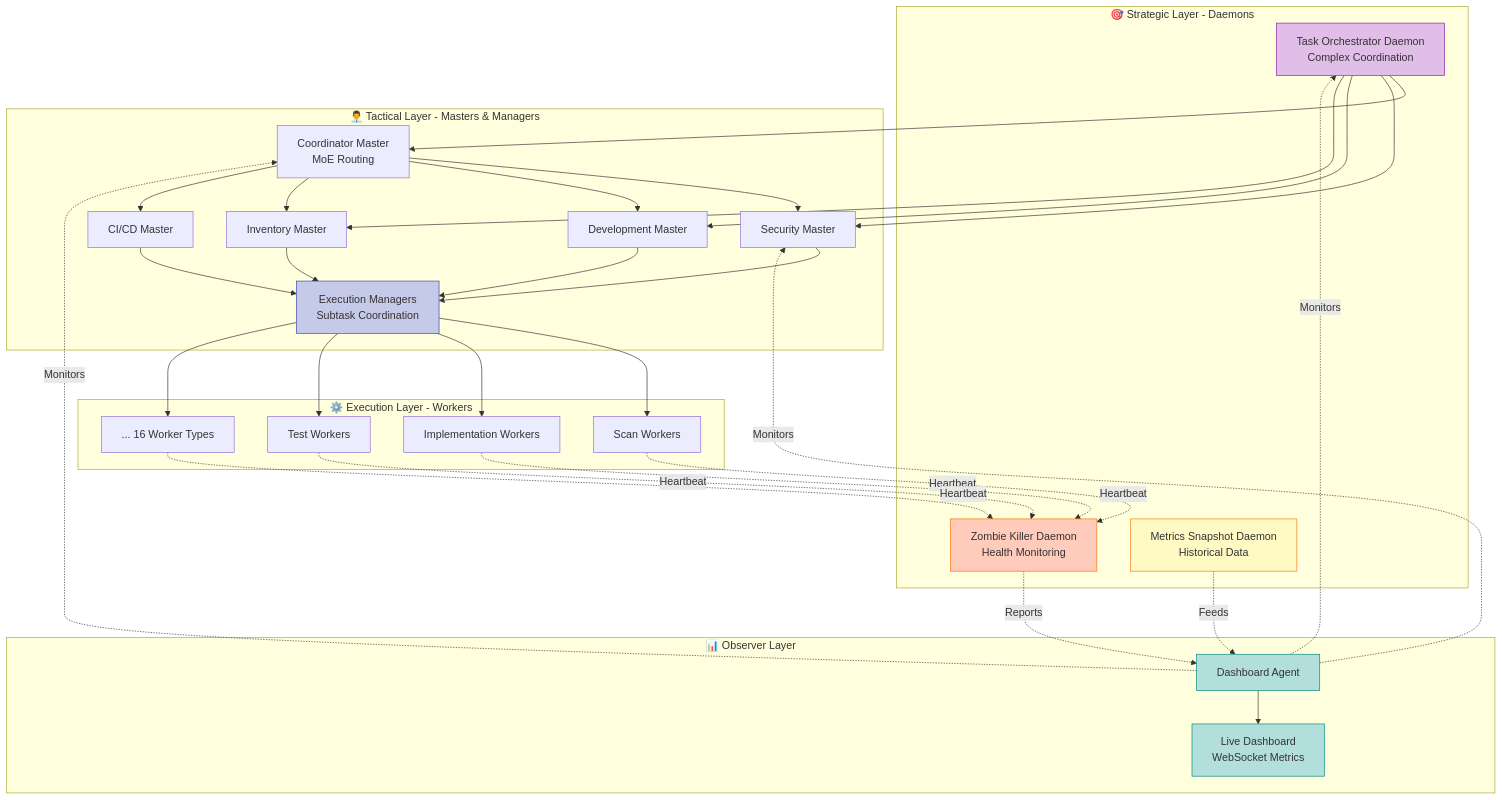
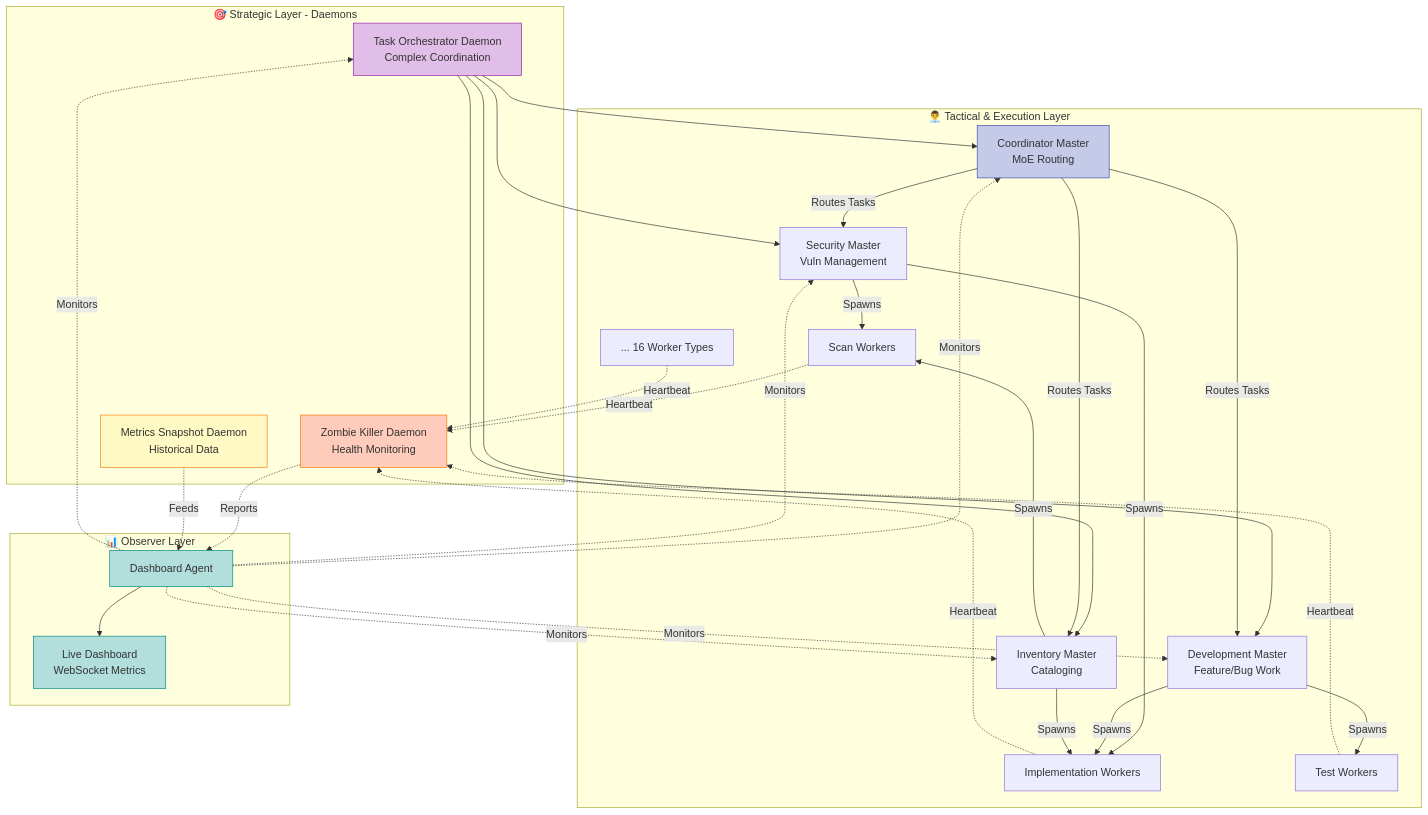
Before and after one commit to cortex-io/cortex: the diagram in README.md, drawn with Mermaid. The commit also changed other lines of this file and 1 other file, not shown here.

First line of the commit message:
docs: realign architecture documentation from v4.0 to v3.0

````diff
--- a/README.md
+++ b/README.md
@@ -76,68 +71,62 @@
 ```mermaid
 graph TB
     subgraph Strategic["🎯 Strategic Layer - Daemons"]
         TO["Task Orchestrator Daemon<br/>Complex Coordination"]
         ZK["Zombie Killer Daemon<br/>Health Monitoring"]
         MS["Metrics Snapshot Daemon<br/>Historical Data"]
     end
 
-    subgraph Tactical["👨‍💼 Tactical Layer - Masters & Managers"]
+    subgraph Tactical["👨‍💼 Tactical & Execution Layer"]
         CM["Coordinator Master<br/>MoE Routing"]
-        SM["Security Master"]
-        DM["Development Master"]
-        IM["Inventory Master"]
-        CICD["CI/CD Master"]
-        EM["Execution Managers<br/>Subtask Coordination"]
-    end
+        SM["Security Master<br/>Vuln Management"]
+        DM["Development Master<br/>Feature/Bug Work"]
+        IM["Inventory Master<br/>Cataloging"]
 
-    subgraph Execution["⚙️ Execution Layer - Workers"]
         W1["Scan Workers"]
         W2["Implementation Workers"]
         W3["Test Workers"]
         W4["... 16 Worker Types"]
     end
 
     subgraph Observer["📊 Observer Layer"]
         DA["Dashboard Agent"]
         DASH["Live Dashboard<br/>WebSocket Metrics"]
     end
 
     TO --> CM
     TO --> SM
     TO --> DM
     TO --> IM
 
-    CM --> SM
-    CM --> DM
-    CM --> IM
-    CM --> CICD
+    CM -->|Routes Tasks| SM
+    CM -->|Routes Tasks| DM
+    CM -->|Routes Tasks| IM
 
-    SM --> EM
-    DM --> EM
-    IM --> EM
-    CICD --> EM
-
-    EM --> W1
-    EM --> W2
-    EM --> W3
-    EM --> W4
+    SM -->|Spawns| W1
+    SM -->|Spawns| W2
+    DM -->|Spawns| W2
+    DM -->|Spawns| W3
+    IM -->|Spawns| W1
+    IM -->|Spawns| W2
 
     W1 -.->|Heartbeat| ZK
     W2 -.->|Heartbeat| ZK
     W3 -.->|Heartbeat| ZK
     W4 -.->|Heartbeat| ZK
 
     ZK -.->|Reports| DA
     DA -.->|Monitors| TO
     DA -.->|Monitors| CM
     DA -.->|Monitors| SM
+    DA -.->|Monitors| DM
+    DA -.->|Monitors| IM
     MS -.->|Feeds| DA
     DA --> DASH
 
     style TO fill:#e1bee7,stroke:#8e24aa
     style ZK fill:#ffccbc,stroke:#ff6f00
     style MS fill:#fff9c4,stroke:#f57f17
-    style EM fill:#c5cae9,stroke:#3949ab
+    style CM fill:#c5cae9,stroke:#3949ab
     style DA fill:#b2dfdb,stroke:#00897b
     style DASH fill:#b2dfdb,stroke:#00897b
 ```
````
